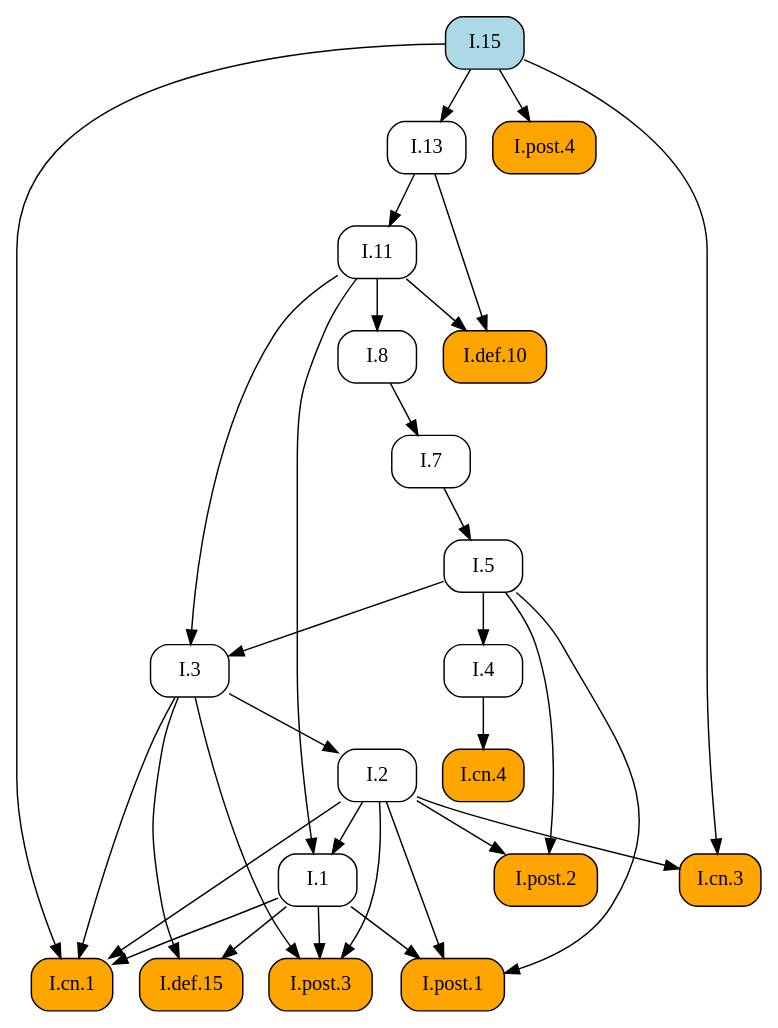
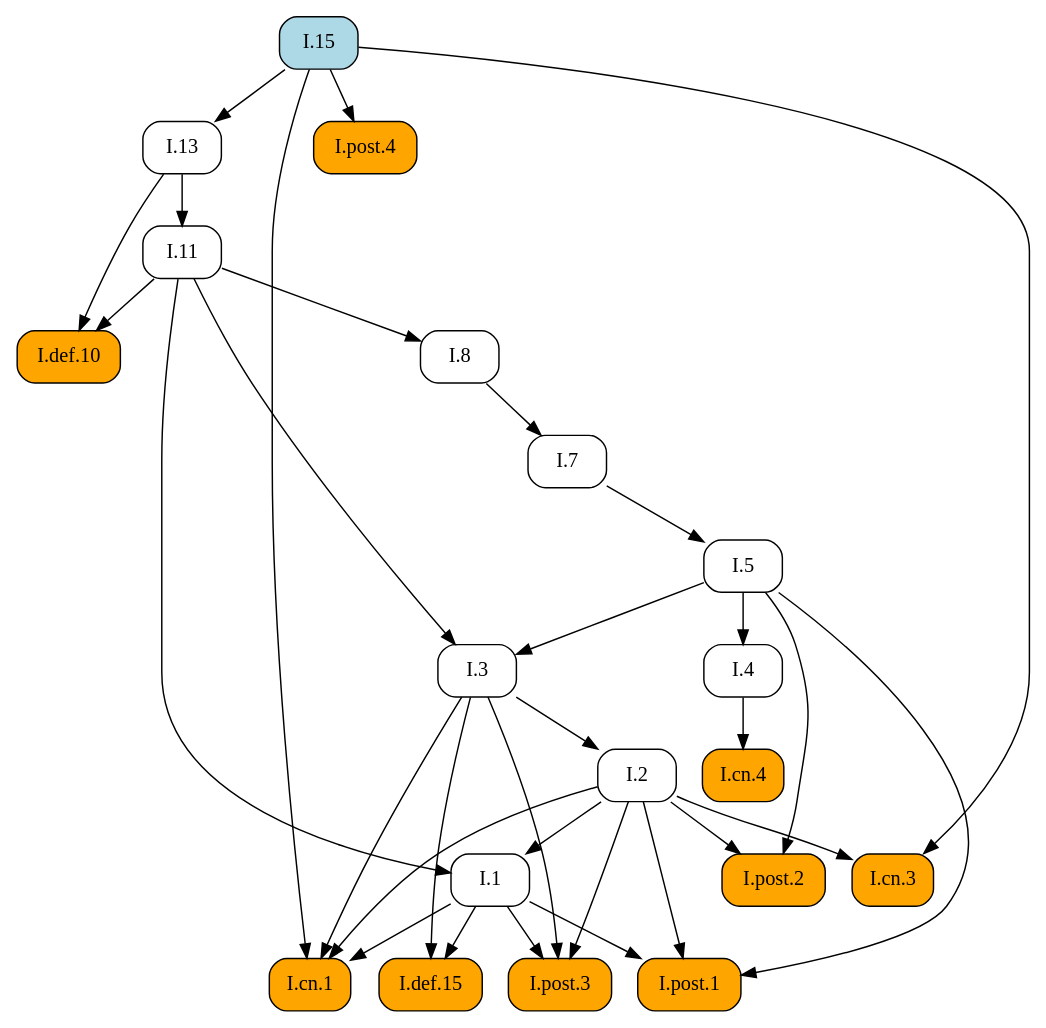
One commit to geometor/elements changed the diagram in docsrc/heath/I/15/index.rst. Above: the diagram before and after it, drawn with Graphviz. The commit also changed other lines of this file and 1029 other files, not shown here.

```diff
--- a/docsrc/heath/I/15/index.rst
+++ b/docsrc/heath/I/15/index.rst
@@ -72,56 +72,56 @@
 .. graphviz::
 
    digraph {
      rankdir="TB";
      node [shape=box, style=rounded];
+     "I.def.10" [style="rounded,filled", fillcolor=orange, URL="/heath/I/def.10/", target="_top"];
+     "I.11" [URL="/heath/I/11/", target="_top"];
+     "I.post.4" [style="rounded,filled", fillcolor=orange, URL="/heath/I/post.4/", target="_top"];
+     "I.1" [URL="/heath/I/1/", target="_top"];
+     "I.7" [URL="/heath/I/7/", target="_top"];
+     "I.3" [URL="/heath/I/3/", target="_top"];
+     "I.2" [URL="/heath/I/2/", target="_top"];
+     "I.4" [URL="/heath/I/4/", target="_top"];
      "I.13" [URL="/heath/I/13/", target="_top"];
+     "I.post.2" [style="rounded,filled", fillcolor=orange, URL="/heath/I/post.2/", target="_top"];
+     "I.def.15" [style="rounded,filled", fillcolor=orange, URL="/heath/I/def.15/", target="_top"];
+     "I.post.3" [style="rounded,filled", fillcolor=orange, URL="/heath/I/post.3/", target="_top"];
+     "I.cn.1" [style="rounded,filled", fillcolor=orange, URL="/heath/I/cn.1/", target="_top"];
      "I.cn.3" [style="rounded,filled", fillcolor=orange, URL="/heath/I/cn.3/", target="_top"];
-     "I.5" [URL="/heath/I/5/", target="_top"];
-     "I.11" [URL="/heath/I/11/", target="_top"];
-     "I.7" [URL="/heath/I/7/", target="_top"];
-     "I.4" [URL="/heath/I/4/", target="_top"];
-     "I.3" [URL="/heath/I/3/", target="_top"];
      "I.8" [URL="/heath/I/8/", target="_top"];
-     "I.def.10" [style="rounded,filled", fillcolor=orange, URL="/heath/I/def.10/", target="_top"];
-     "I.post.2" [style="rounded,filled", fillcolor=orange, URL="/heath/I/post.2/", target="_top"];
-     "I.post.4" [style="rounded,filled", fillcolor=orange, URL="/heath/I/post.4/", target="_top"];
-     "I.2" [URL="/heath/I/2/", target="_top"];
-     "I.def.15" [style="rounded,filled", fillcolor=orange, URL="/heath/I/def.15/", target="_top"];
-     "I.1" [URL="/heath/I/1/", target="_top"];
-     "I.post.3" [style="rounded,filled", fillcolor=orange, URL="/heath/I/post.3/", target="_top"];
-     "I.post.1" [style="rounded,filled", fillcolor=orange, URL="/heath/I/post.1/", target="_top"];
      "I.cn.4" [style="rounded,filled", fillcolor=orange, URL="/heath/I/cn.4/", target="_top"];
      "I.15" [style="rounded,filled", fillcolor=lightblue, URL="/heath/I/15/", target="_top"];
-     "I.cn.1" [style="rounded,filled", fillcolor=orange, URL="/heath/I/cn.1/", target="_top"];
-     "I.15" -> "I.13";
-     "I.2" -> "I.cn.3";
-     "I.15" -> "I.cn.3";
-     "I.7" -> "I.5";
+     "I.post.1" [style="rounded,filled", fillcolor=orange, URL="/heath/I/post.1/", target="_top"];
+     "I.5" [URL="/heath/I/5/", target="_top"];
+     "I.11" -> "I.def.10";
+     "I.13" -> "I.def.10";
      "I.13" -> "I.11";
+     "I.15" -> "I.post.4";
+     "I.2" -> "I.1";
+     "I.11" -> "I.1";
      "I.8" -> "I.7";
-     "I.5" -> "I.4";
      "I.5" -> "I.3";
      "I.11" -> "I.3";
-     "I.11" -> "I.8";
-     "I.11" -> "I.def.10";
-     "I.13" -> "I.def.10";
+     "I.3" -> "I.2";
+     "I.5" -> "I.4";
+     "I.15" -> "I.13";
      "I.2" -> "I.post.2";
      "I.5" -> "I.post.2";
-     "I.15" -> "I.post.4";
-     "I.3" -> "I.2";
      "I.1" -> "I.def.15";
      "I.3" -> "I.def.15";
-     "I.2" -> "I.1";
-     "I.11" -> "I.1";
      "I.1" -> "I.post.3";
      "I.2" -> "I.post.3";
      "I.3" -> "I.post.3";
-     "I.1" -> "I.post.1";
-     "I.2" -> "I.post.1";
-     "I.5" -> "I.post.1";
-     "I.4" -> "I.cn.4";
      "I.1" -> "I.cn.1";
      "I.2" -> "I.cn.1";
      "I.3" -> "I.cn.1";
      "I.15" -> "I.cn.1";
+     "I.2" -> "I.cn.3";
+     "I.15" -> "I.cn.3";
+     "I.11" -> "I.8";
+     "I.4" -> "I.cn.4";
+     "I.1" -> "I.post.1";
+     "I.2" -> "I.post.1";
+     "I.5" -> "I.post.1";
+     "I.7" -> "I.5";
    }
```
